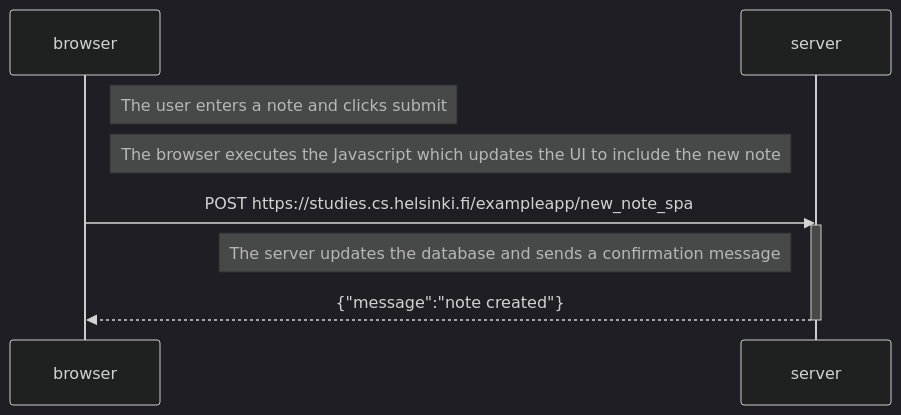
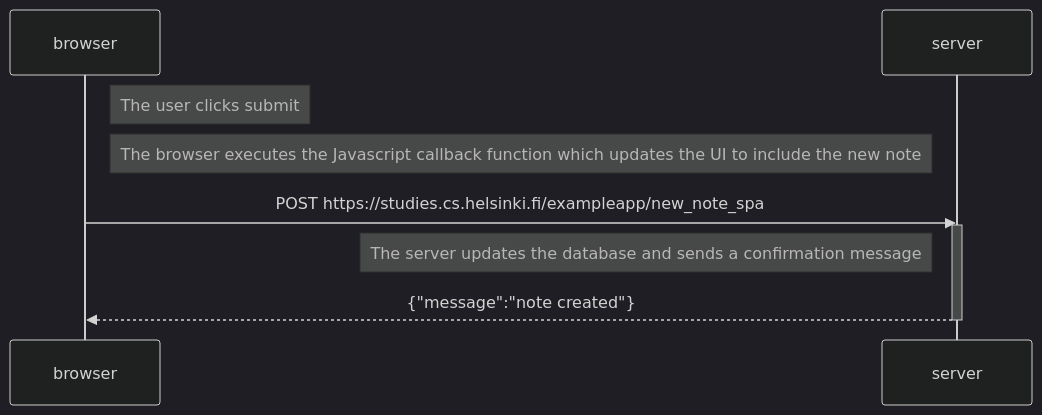
Before and after one commit to d-dven/full-stack-open: the diagram in part 0/ex6.md, drawn with Mermaid (dark theme). The commit also changed 2 other files, not shown here.

````diff
--- a/part 0/ex6.md
+++ b/part 0/ex6.md
@@ -1,17 +1,17 @@
 ```mermaid
 sequenceDiagram
     participant browser
     participant server
     
-    Note right of browser: The user enters a note and clicks submit
-    Note right of browser: The browser executes the Javascript which updates the UI to include the new note
+    Note right of browser: The user clicks submit
+    Note right of browser: The browser executes the Javascript callback function which updates the UI to include the new note
 
     browser->>server: POST https://studies.cs.helsinki.fi/exampleapp/new_note_spa
     activate server
     Note left of server: The server updates the database and sends a confirmation message
     server-->>browser: {"message":"note created"}
     deactivate server
     
     
 
 ```
````
